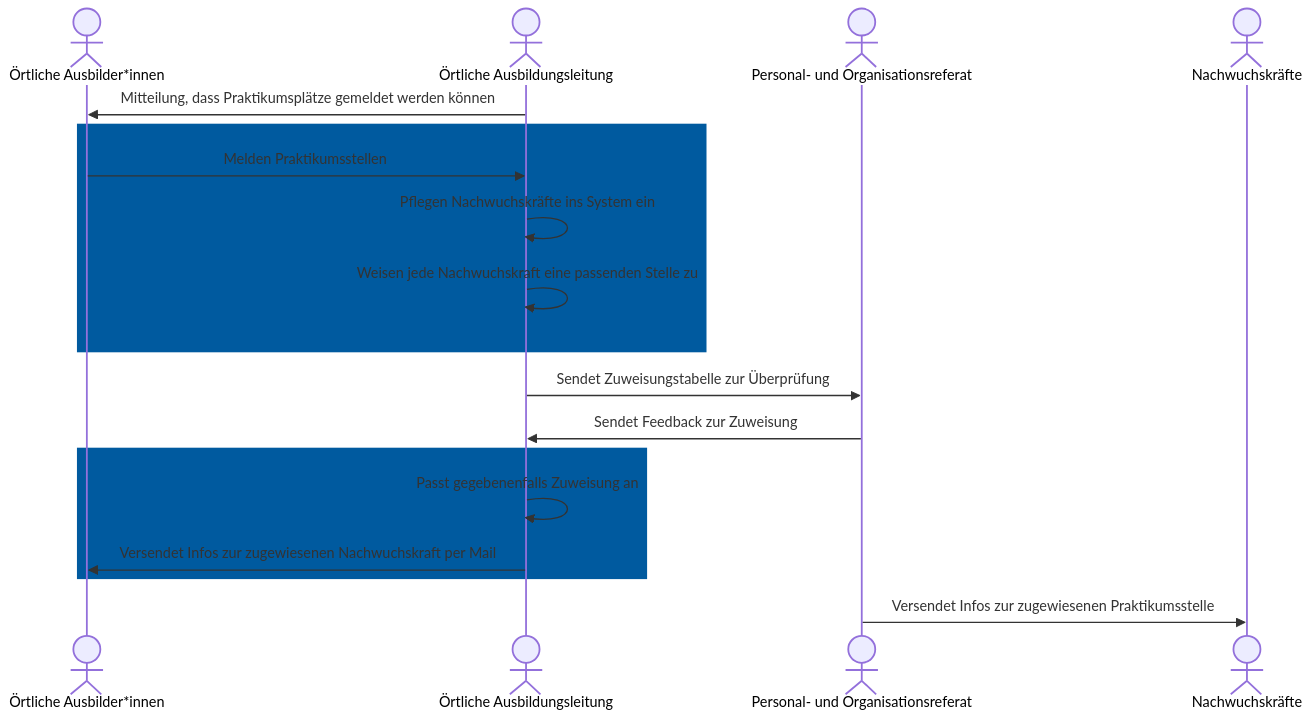
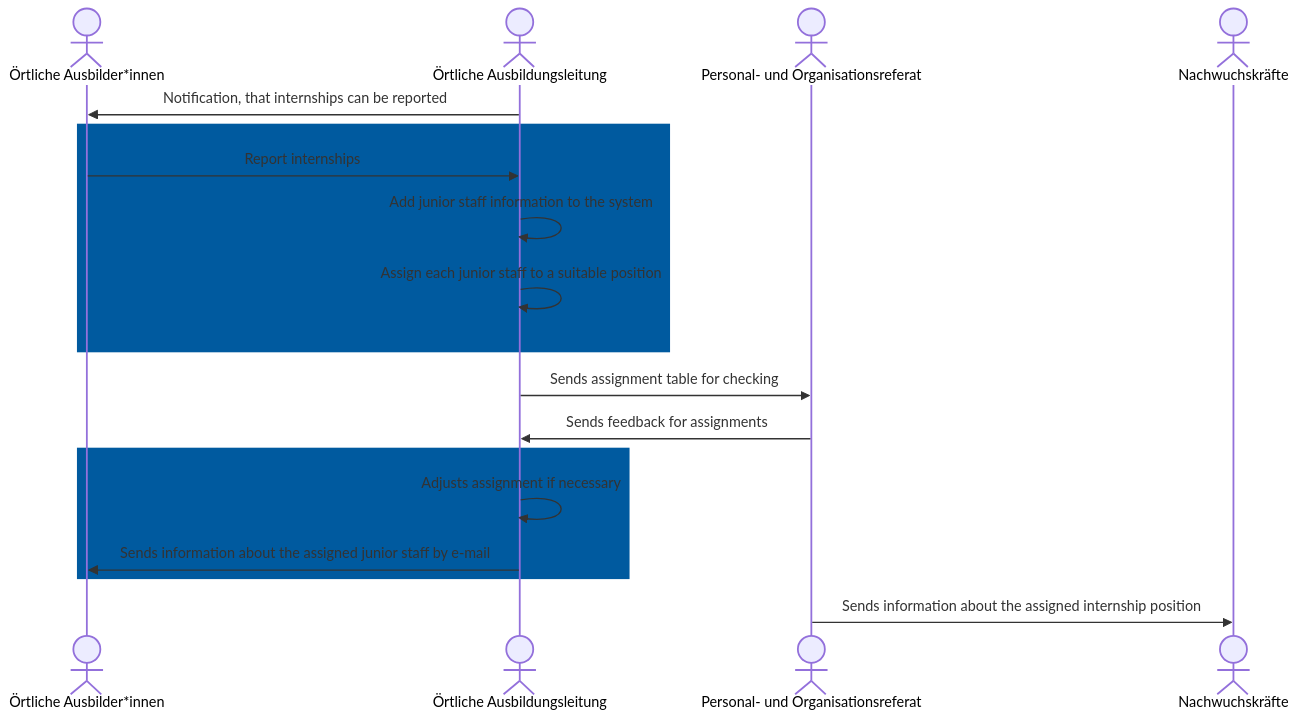
Before and after one commit to it-at-m/Praktikumsplaner: the diagram in doc/src/features/overall_process.md, drawn with Mermaid.

Commit message:
📝 translated diagramm into english

````diff
--- a/doc/src/features/overall_process.md
+++ b/doc/src/features/overall_process.md
@@ -1,20 +1,20 @@
 ```mermaid
 sequenceDiagram
     actor ÖA as Örtliche Ausbilder*innen
     actor ÖAL as Örtliche Ausbildungsleitung
     actor POR as Personal- und Organisationsreferat
     actor NWK as Nachwuchskräfte
-    ÖAL->>ÖA: Mitteilung, dass Praktikumsplätze gemeldet werden können
+    ÖAL->>ÖA: Notification, that internships can be reported
     rect rgb(0, 90, 159)
-    ÖA->>ÖAL: Melden Praktikumsstellen
-    ÖAL->>ÖAL: Pflegen Nachwuchskräfte ins System ein 
-    ÖAL->>ÖAL: Weisen jede Nachwuchskraft eine passenden Stelle zu
+    ÖA->>ÖAL: Report internships
+    ÖAL->>ÖAL: Add junior staff information to the system
+    ÖAL->>ÖAL: Assign each junior staff to a suitable position
     end
-    ÖAL->>POR: Sendet Zuweisungstabelle zur Überprüfung
-    POR->>ÖAL: Sendet Feedback zur Zuweisung
+    ÖAL->>POR: Sends assignment table for checking
+    POR->>ÖAL: Sends feedback for assignments
     rect rgb(0, 90, 159)
-    ÖAL->>ÖAL: Passt gegebenenfalls Zuweisung an
-    ÖAL->>ÖA: Versendet Infos zur zugewiesenen Nachwuchskraft per Mail
+    ÖAL->>ÖAL: Adjusts assignment if necessary
+    ÖAL->>ÖA: Sends information about the assigned junior staff by e-mail
     end
-    POR ->> NWK: Versendet Infos zur zugewiesenen Praktikumsstelle
+    POR ->> NWK: Sends information about the assigned internship position
 ```
````
